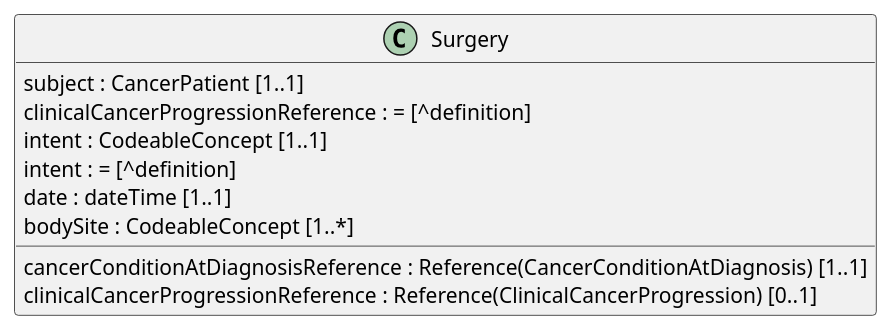
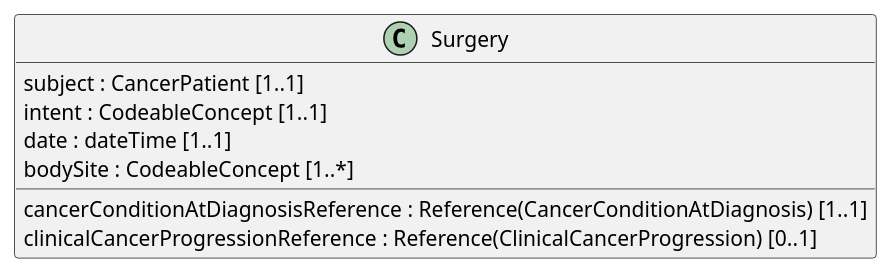
Before and after one commit to hl7-eu/cancer-common: the diagram in input/images-source/Surgery_LM.plantuml, drawn with PlantUML. The commit also changed 9 other files, not shown here.

Commit message:
cleaned up plantuml model diagrams

```diff
--- a/input/images-source/Surgery_LM.plantuml
+++ b/input/images-source/Surgery_LM.plantuml
@@ -1,16 +1,14 @@
 @startuml
 hide empty members
 skinparam classAttributeIconSize 0
 
 class Surgery {
   subject : CancerPatient [1..1]
   cancerConditionAtDiagnosisReference : Reference(CancerConditionAtDiagnosis) [1..1]
   clinicalCancerProgressionReference : Reference(ClinicalCancerProgression) [0..1]
-  clinicalCancerProgressionReference : = [^definition]
   intent : CodeableConcept [1..1]
-  intent : = [^definition]
   date : dateTime [1..1]
   bodySite : CodeableConcept [1..*]
 }
 
 @enduml
```
